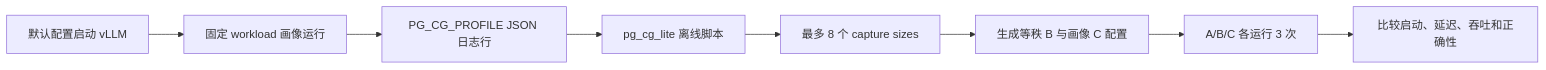
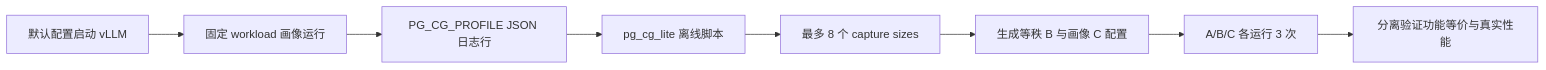
One commit to WeiAsFan/vllm-pg-cg-lite changed the diagram in pg-cg-lite-project/README.md. Above: the diagram before and after it, drawn with Mermaid. The commit also changed other lines of this file and 5 other files, not shown here.

````diff
--- a/pg-cg-lite-project/README.md
+++ b/pg-cg-lite-project/README.md
@@ -116,10 +121,10 @@
 ```mermaid
 flowchart LR
     A[默认配置启动 vLLM] --> B[固定 workload 画像运行]
     B --> C[PG_CG_PROFILE JSON 日志行]
     C --> D[pg_cg_lite 离线脚本]
     D --> E[最多 8 个 capture sizes]
     E --> F[生成等秩 B 与画像 C 配置]
     F --> G[A/B/C 各运行 3 次]
-    G --> H[比较启动、延迟、吞吐和正确性]
+    G --> H[分离验证功能等价与真实性能]
 ```
````
